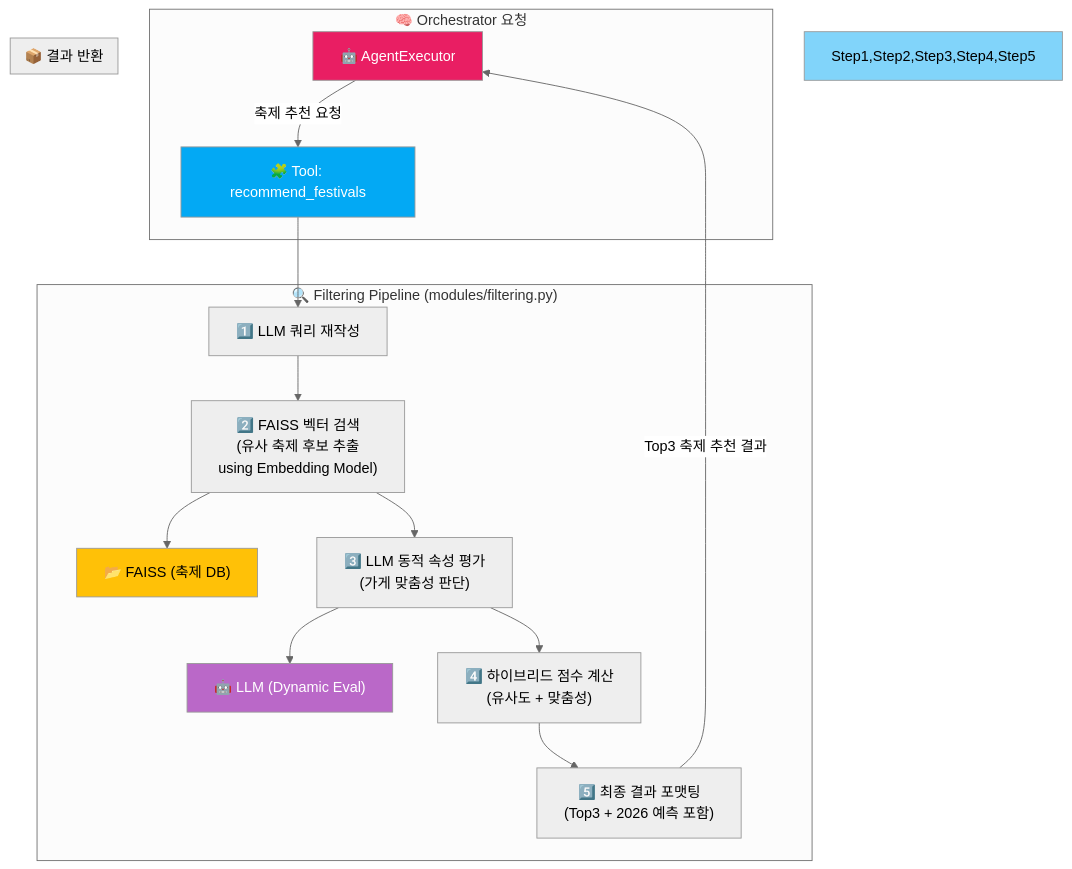
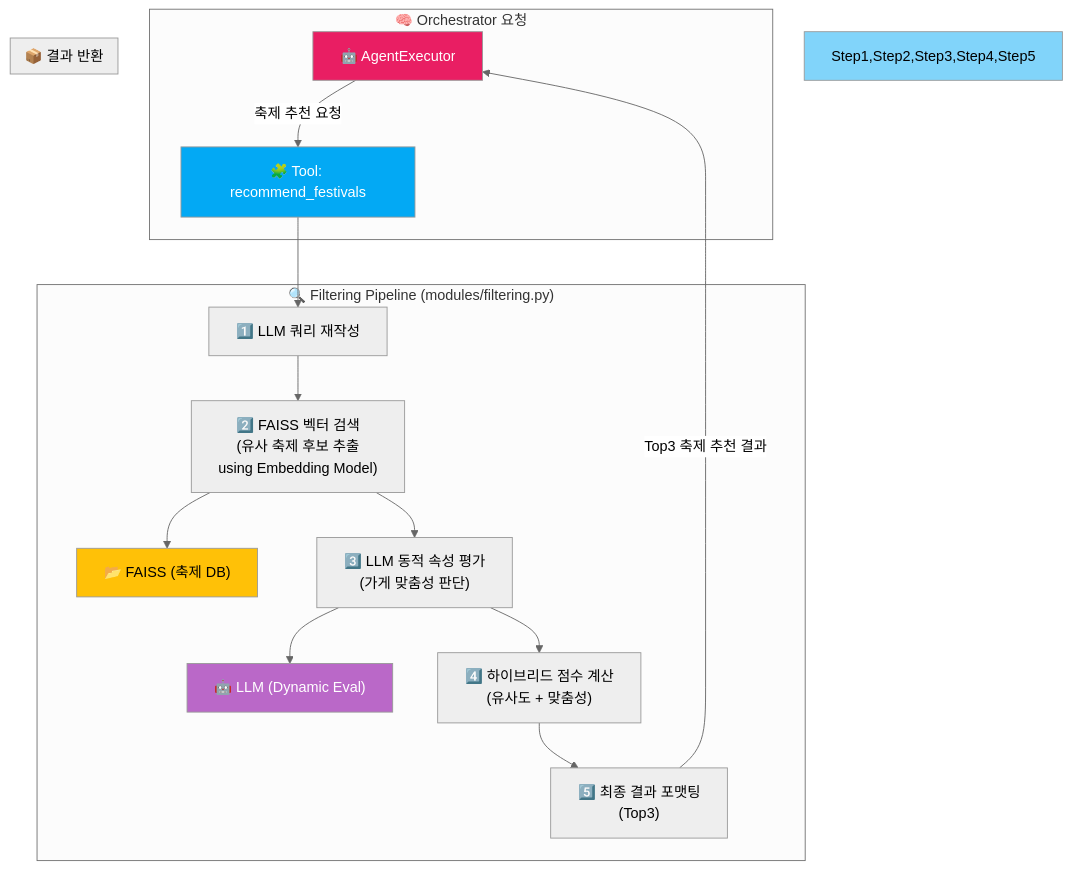
Before and after one commit to Synapse-Bigcontest/2025_bigcontest: the second of 4 diagrams in README.md, drawn with Mermaid (neutral theme).

````diff
--- a/README.md
+++ b/README.md
@@ -135,28 +135,28 @@
 ```mermaid
 graph TD
 
     subgraph "🧠 Orchestrator 요청"
         Agent["🤖 AgentExecutor"] -- "축제 추천 요청" --> Tool_Rec["🧩 Tool: recommend_festivals"]
     end
 
     subgraph "🔍 Filtering Pipeline (modules/filtering.py)"
         Tool_Rec --> Step1["1️⃣ LLM 쿼리 재작성"]
         Step1 --> Step2["2️⃣ FAISS 벡터 검색<br>(유사 축제 후보 추출<br>using Embedding Model)"]
         Step2 --> VSF["📂 FAISS (축제 DB)"]
         Step2 --> Step3["3️⃣ LLM 동적 속성 평가<br>(가게 맞춤성 판단)"]
         Step3 --> LLM1["🤖 LLM (Dynamic Eval)"]
         Step3 --> Step4["4️⃣ 하이브리드 점수 계산<br>(유사도 + 맞춤성)"]
-        Step4 --> Step5["5️⃣ 최종 결과 포맷팅<br>(Top3 + 2026 예측 포함)"]
+        Step4 --> Step5["5️⃣ 최종 결과 포맷팅<br>(Top3)"]
     end
 
     subgraph "📦 결과 반환"
         Step5 -- "Top3 축제 추천 결과" --> Agent
     end
 
     %% 스타일
     style Agent fill:#E91E63,color:#fff
     style Tool_Rec fill:#03A9F4,color:#fff
     style Step1,Step2,Step3,Step4,Step5 fill:#81D4FA,color:#000
     style VSF fill:#FFC107,color:#000
     style LLM1 fill:#BA68C8,color:#fff
 ```
````
